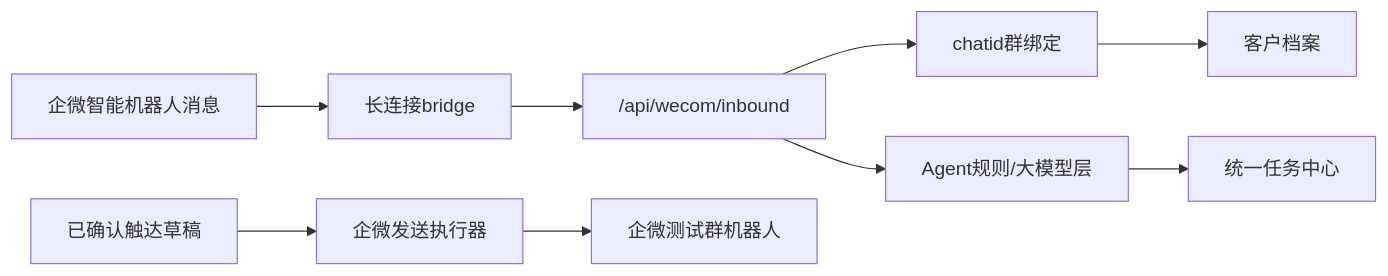
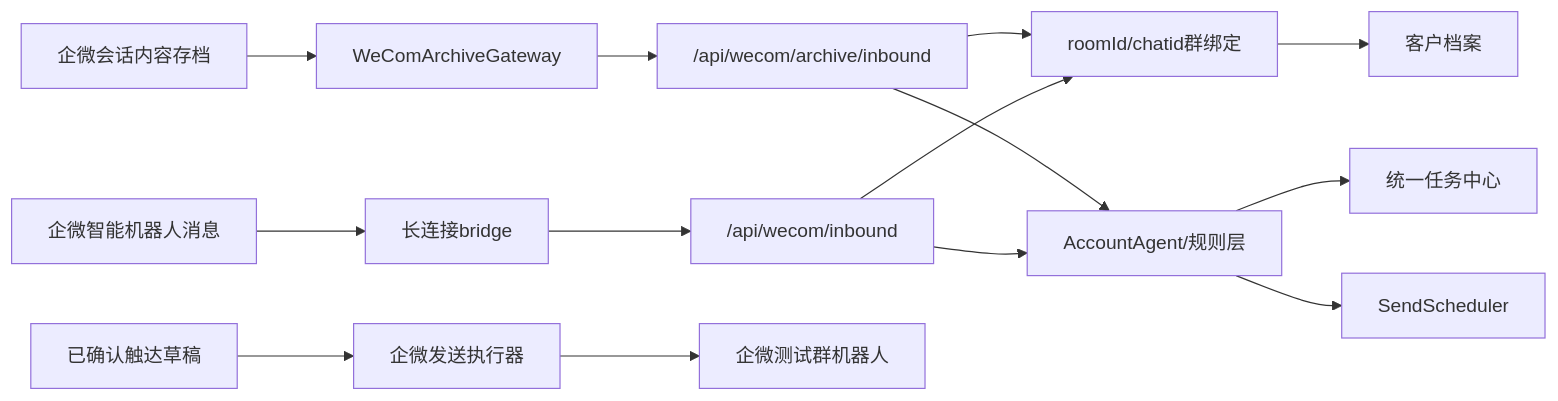
One commit to JUJUJUN313/customer-ops-agent-console changed the second of 3 diagrams in docs/ARCHITECTURE.md. Above: the diagram before and after it, drawn with Mermaid. The commit also changed other lines of this file and 15 other files, not shown here.

Commit message:
feat: add archive inbound and send scheduler

````diff
--- a/docs/ARCHITECTURE.md
+++ b/docs/ARCHITECTURE.md
@@ -139,11 +147,16 @@
 ```mermaid
 flowchart LR
+  Archive["企微会话内容存档"] --> Gateway["WeComArchiveGateway"]
+  Gateway --> Inbound["/api/wecom/archive/inbound"]
   WeCom["企微智能机器人消息"] --> Bridge["长连接bridge"]
   Bridge --> API["/api/wecom/inbound"]
-  API --> Binding["chatid群绑定"]
+  Inbound --> Binding["roomId/chatid群绑定"]
+  API --> Binding
   Binding --> Profile["客户档案"]
-  API --> Agents["Agent规则/大模型层"]
+  Inbound --> Agents["AccountAgent/规则层"]
+  API --> Agents
   Agents --> Tasks["统一任务中心"]
+  Agents --> Queue["SendScheduler"]
   Drafts["已确认触达草稿"] --> Sender["企微发送执行器"]
   Sender --> Robot["企微测试群机器人"]
 ```
````
